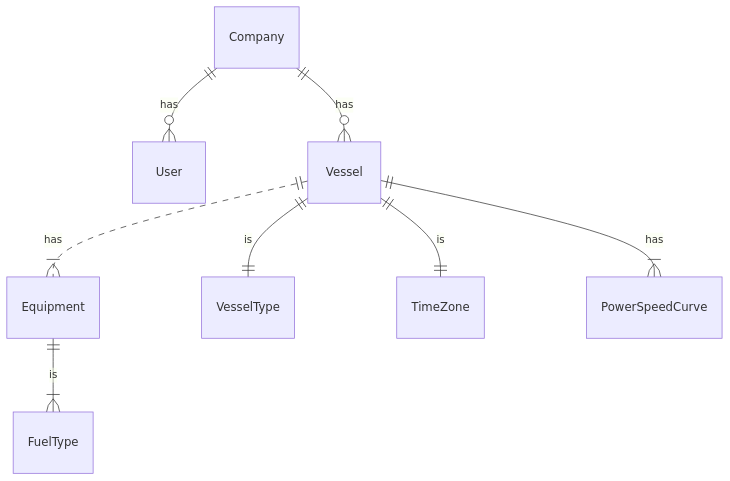
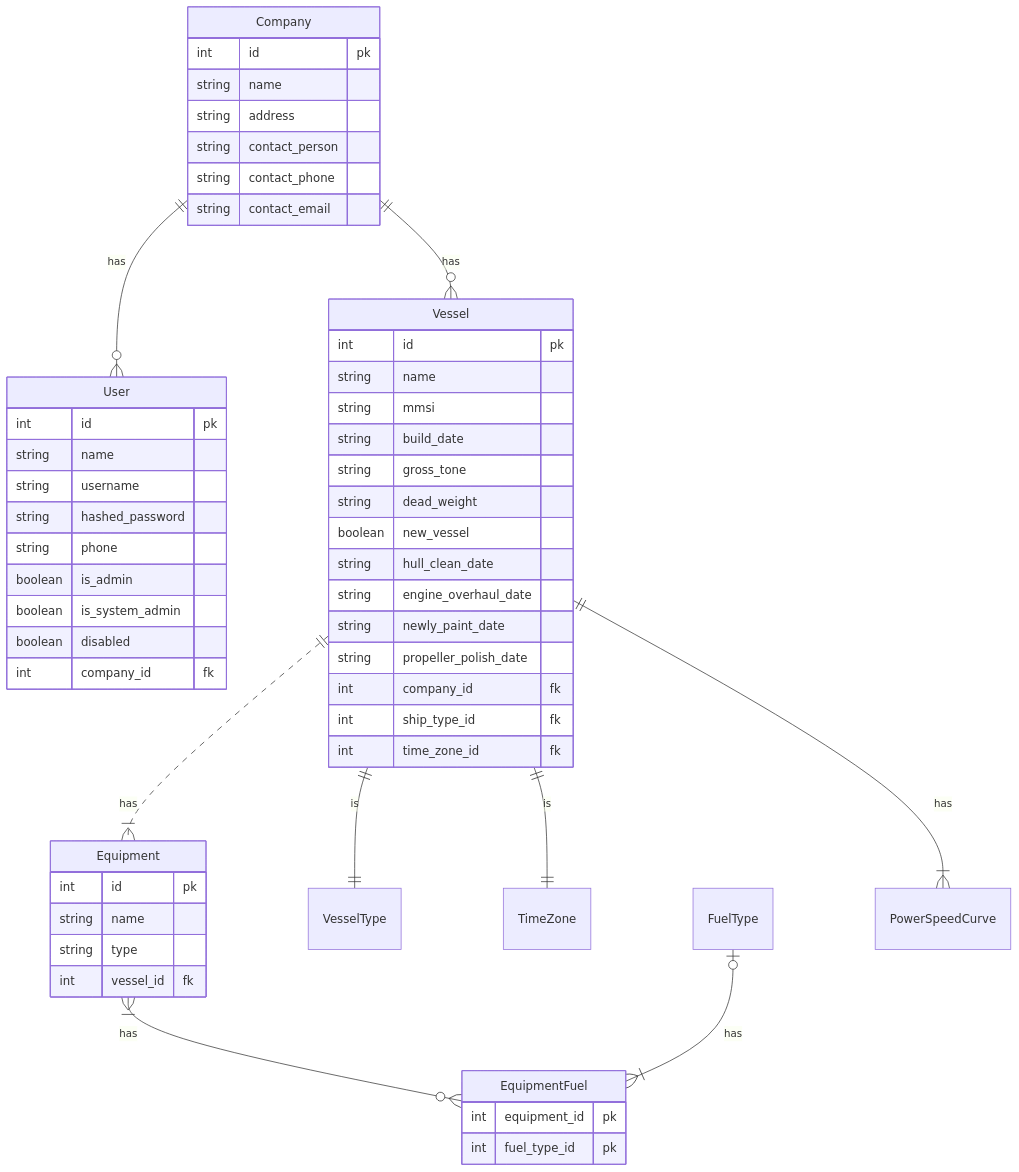
The diagram in fastapis/app/entity/README.md (MingLi19/data), drawn with Mermaid before and after one commit. The commit also changed 2 other files, not shown here.

Commit message:
add more detail to er diagram

````diff
--- a/fastapis/app/entity/README.md
+++ b/fastapis/app/entity/README.md
@@ -2,10 +2,57 @@
 ```mermaid
 erDiagram
     Company ||--o{ User : has
     Company ||--o{ Vessel : has
     Vessel ||..|{ Equipment : has
     Vessel ||--|| VesselType : is
     Vessel ||--|| TimeZone : is
-    Equipment ||--|{ FuelType : is
+    Equipment }|--o{ EquipmentFuel : has
+    FuelType o|--|{ EquipmentFuel : has
     Vessel ||--|{ PowerSpeedCurve : has
+    Company {
+        int id pk
+        string name 
+        string address
+        string contact_person
+        string contact_phone
+        string contact_email
+    }
+    User {
+        int id pk
+        string name
+        string username
+        string hashed_password
+        string phone
+        boolean is_admin
+        boolean is_system_admin
+        boolean disabled
+        int company_id fk
+    }
+    Vessel {
+        int id pk
+        string name
+        string mmsi
+        string build_date
+        string gross_tone
+        string dead_weight
+        boolean new_vessel
+        string hull_clean_date
+        string engine_overhaul_date
+        string newly_paint_date
+        string propeller_polish_date
+        int company_id fk
+        int ship_type_id fk
+        int time_zone_id fk
+    }
+    Equipment {
+        int id pk
+        string name
+        string type
+        int vessel_id fk
+    }
+    EquipmentFuel {
+        int equipment_id pk
+        int fuel_type_id pk
+    }
+    
 ```
````
